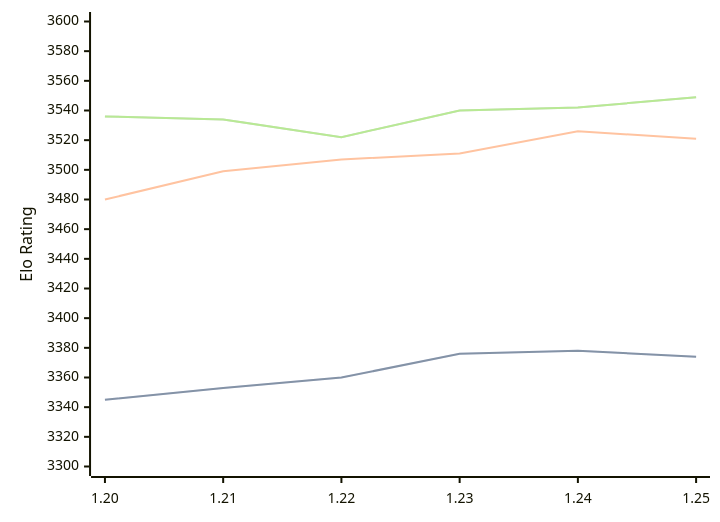
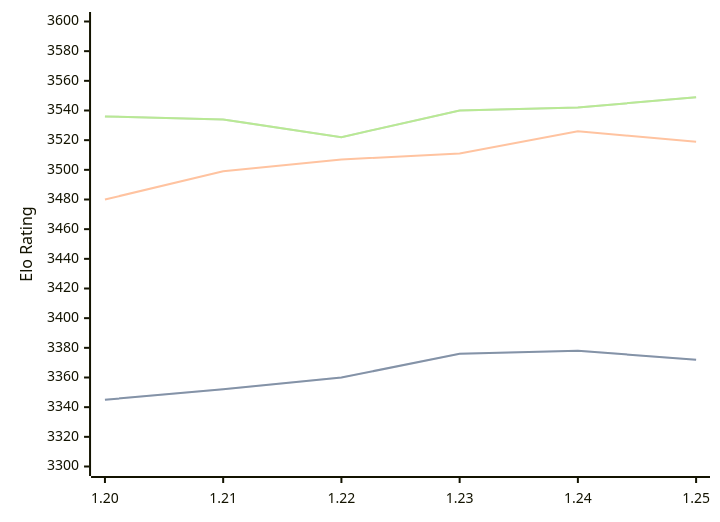
The diagram in engines/Caissa.md (computer-chess-index/cci), drawn with Mermaid before and after one commit. The commit also changed other lines of this file, not shown here.

````diff
--- a/engines/Caissa.md
+++ b/engines/Caissa.md
@@ -65,11 +65,11 @@
 ```mermaid
 %%{init: {"theme":"base","themeVariables":{"seriesColors:['#a3a3a3','#222221','#faa371']}}}%%
 xychart-beta
   x-axis ["1.20", "1.21", "1.22", "1.23", "1.24", "1.25"]
   y-axis "Elo Rating" 3300 --> 3600
-  line "STC (8.0+0.08s)" [3345, 3353, 3360, 3376, 3378, 3374]
-  line "STC (8.0+0.08s)" [3345, 3353, 3360, 3376, 3378, 3374]
-  line "LTC (60.0+0.60s)" [3480, 3499, 3507, 3511, 3526, 3521]
+  line "STC (8.0+0.08s)" [3345, 3352, 3360, 3376, 3378, 3372]
+  line "STC (8.0+0.08s)" [3345, 3352, 3360, 3376, 3378, 3372]
+  line "LTC (60.0+0.60s)" [3480, 3499, 3507, 3511, 3526, 3519]
   line "VLTC (2m24s+1.12s)" [3536, 3534, 3522, 3540, 3542, 3549]
   line "VLTC (2m24s+1.12s)" [3536, 3534, 3522, 3540, 3542, 3549]
 ```
````
